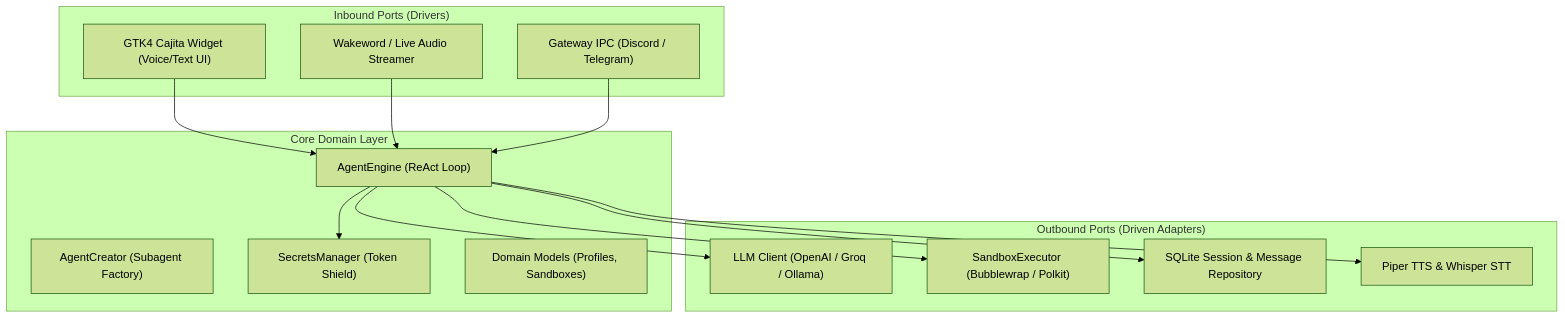
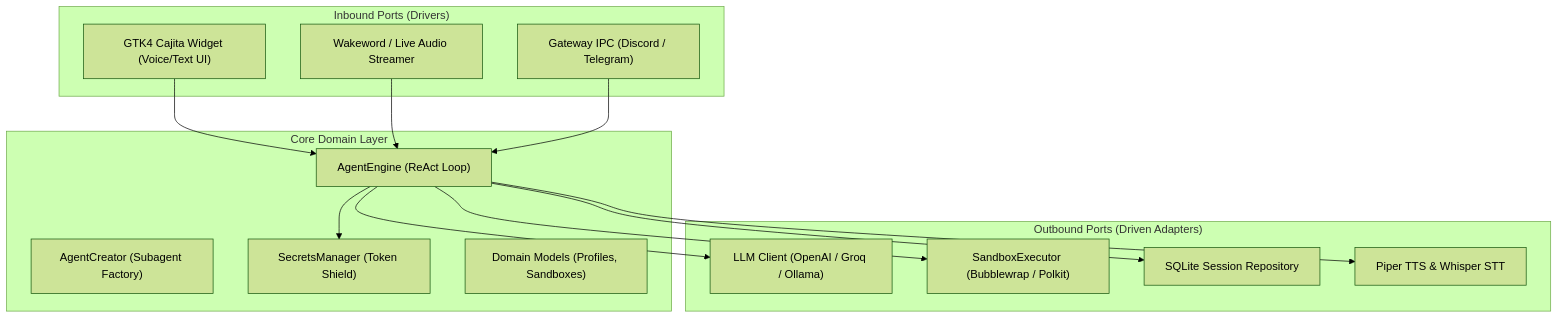
The first of 3 diagrams in src/data/help/architecture/sayri.md (Inled-Pulsar-OS/os.inled.es), drawn with Mermaid (forest theme) before and after one commit. The commit also changed other lines of this file and 5 other files, not shown here.

Commit message:
docs(sayri): exhaustive internal architecture specification, clean emoji-free controls, and fixed Mermaid modal canvas

````diff
--- a/src/data/help/architecture/sayri.md
+++ b/src/data/help/architecture/sayri.md
@@ -17,32 +53,32 @@
 ```mermaid
 graph TD
     subgraph "Core Domain Layer"
         AgentEngine["AgentEngine (ReAct Loop)"]
         AgentCreator["AgentCreator (Subagent Factory)"]
         SecretsMgr["SecretsManager (Token Shield)"]
         Models["Domain Models (Profiles, Sandboxes)"]
     end
 
     subgraph "Inbound Ports (Drivers)"
         CajitaUI["GTK4 Cajita Widget (Voice/Text UI)"]
         WakewordPort["Wakeword / Live Audio Streamer"]
         GatewayIPC["Gateway IPC (Discord / Telegram)"]
     end
 
     subgraph "Outbound Ports (Driven Adapters)"
         LLMAdapter["LLM Client (OpenAI / Groq / Ollama)"]
         SandboxAdapter["SandboxExecutor (Bubblewrap / Polkit)"]
-        StorageAdapter["SQLite Session & Message Repository"]
+        StorageAdapter["SQLite Session Repository"]
         AudioAdapter["Piper TTS & Whisper STT"]
     end
 
     CajitaUI --> AgentEngine
     WakewordPort --> AgentEngine
     GatewayIPC --> AgentEngine
 
     AgentEngine --> LLMAdapter
     AgentEngine --> SandboxAdapter
     AgentEngine --> StorageAdapter
     AgentEngine --> AudioAdapter
     AgentEngine --> SecretsMgr
 ```
````
